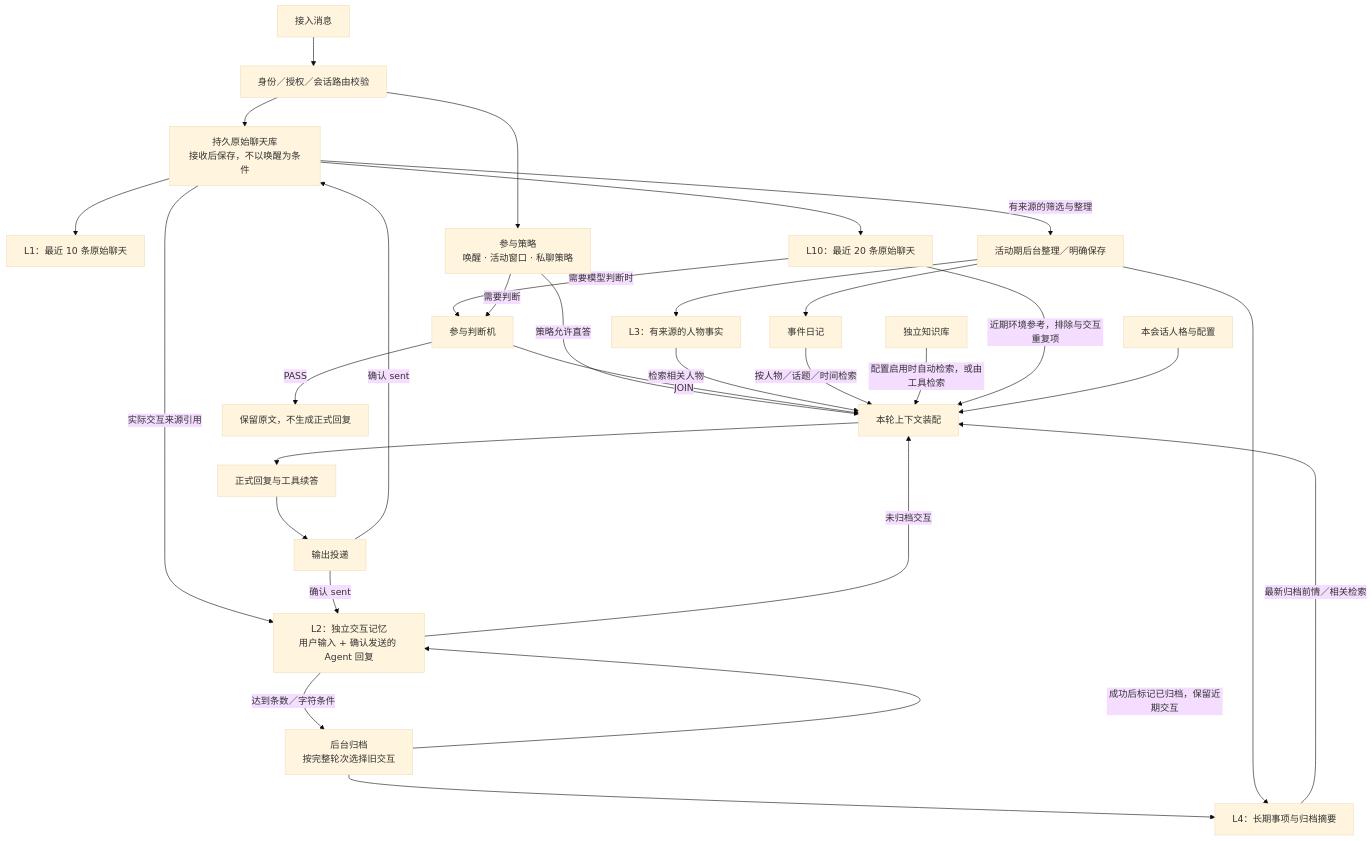
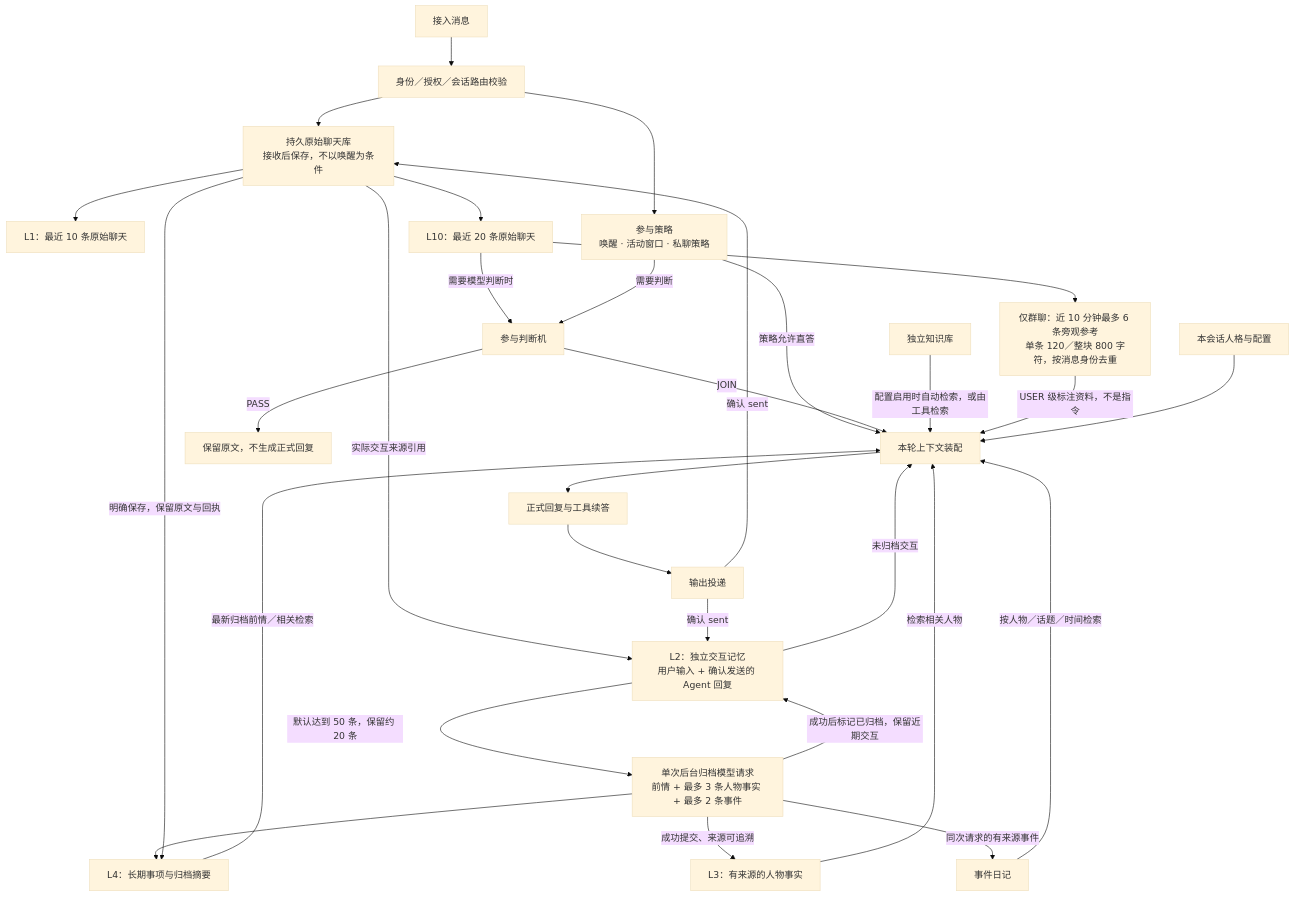
One commit to 3523509051/Pero changed the first of 3 diagrams in docs/project-engineering.md. Above: the diagram before and after it, drawn with Mermaid (base theme). The commit also changed other lines of this file and 55 other files, not shown here.

````diff
--- a/docs/project-engineering.md
+++ b/docs/project-engineering.md
@@ -7,32 +7,32 @@
 ```mermaid
 flowchart TB
     INPUT["接入消息"] --> ACCEPT["身份／授权／会话路由校验"]
     ACCEPT --> RAW["持久原始聊天库<br/>接收后保存，不以唤醒为条件"]
     RAW --> L1["L1：最近 10 条原始聊天"]
     RAW --> L10["L10：最近 20 条原始聊天"]
     ACCEPT --> POLICY["参与策略<br/>唤醒 · 活动窗口 · 私聊策略"]
     L10 -->|"需要模型判断时"| JUDGE["参与判断机"]
     POLICY -->|"需要判断"| JUDGE
     POLICY -->|"策略允许直答"| BUILD["本轮上下文装配"]
     JUDGE -->|"JOIN"| BUILD
     JUDGE -->|"PASS"| SILENT["保留原文，不生成正式回复"]
     RAW -->|"实际交互来源引用"| L2["L2：独立交互记忆<br/>用户输入 + 确认发送的 Agent 回复"]
     L2 -->|"未归档交互"| BUILD
-    L2 -->|"达到条数／字符条件"| ARCHIVE["后台归档<br/>按完整轮次选择旧交互"]
+    L2 -->|"默认达到 50 条，保留约 20 条"| ARCHIVE["单次后台归档模型请求<br/>前情 + 最多 3 条人物事实 + 最多 2 条事件"]
     ARCHIVE -->|"成功后标记已归档，保留近期交互"| L2
     ARCHIVE --> L4["L4：长期事项与归档摘要"]
     L4 -->|"最新归档前情／相关检索"| BUILD
     L3["L3：有来源的人物事实"] -->|"检索相关人物"| BUILD
     DIARY["事件日记"] -->|"按人物／话题／时间检索"| BUILD
     KB["独立知识库"] -->|"配置启用时自动检索，或由工具检索"| BUILD
-    L10 -->|"近期环境参考，排除与交互重复项"| BUILD
+    L10 --> BG["仅群聊：近 10 分钟最多 6 条旁观参考<br/>单条 120／整块 800 字符，按消息身份去重"]
+    BG -->|"USER 级标注资料，不是指令"| BUILD
     PERSONA["本会话人格与配置"] --> BUILD
     BUILD --> MODEL["正式回复与工具续答"]
     MODEL --> DELIVERY["输出投递"]
     DELIVERY -->|"确认 sent"| RAW
     DELIVERY -->|"确认 sent"| L2
-    ACTIVITY["活动期后台整理／明确保存"] --> L3
-    ACTIVITY --> L4
-    ACTIVITY --> DIARY
-    RAW -->|"有来源的筛选与整理"| ACTIVITY
+    ARCHIVE -->|"成功提交、来源可追溯"| L3
+    ARCHIVE -->|"同次请求的有来源事件"| DIARY
+    RAW -->|"明确保存，保留原文与回执"| L4
 ```
````
